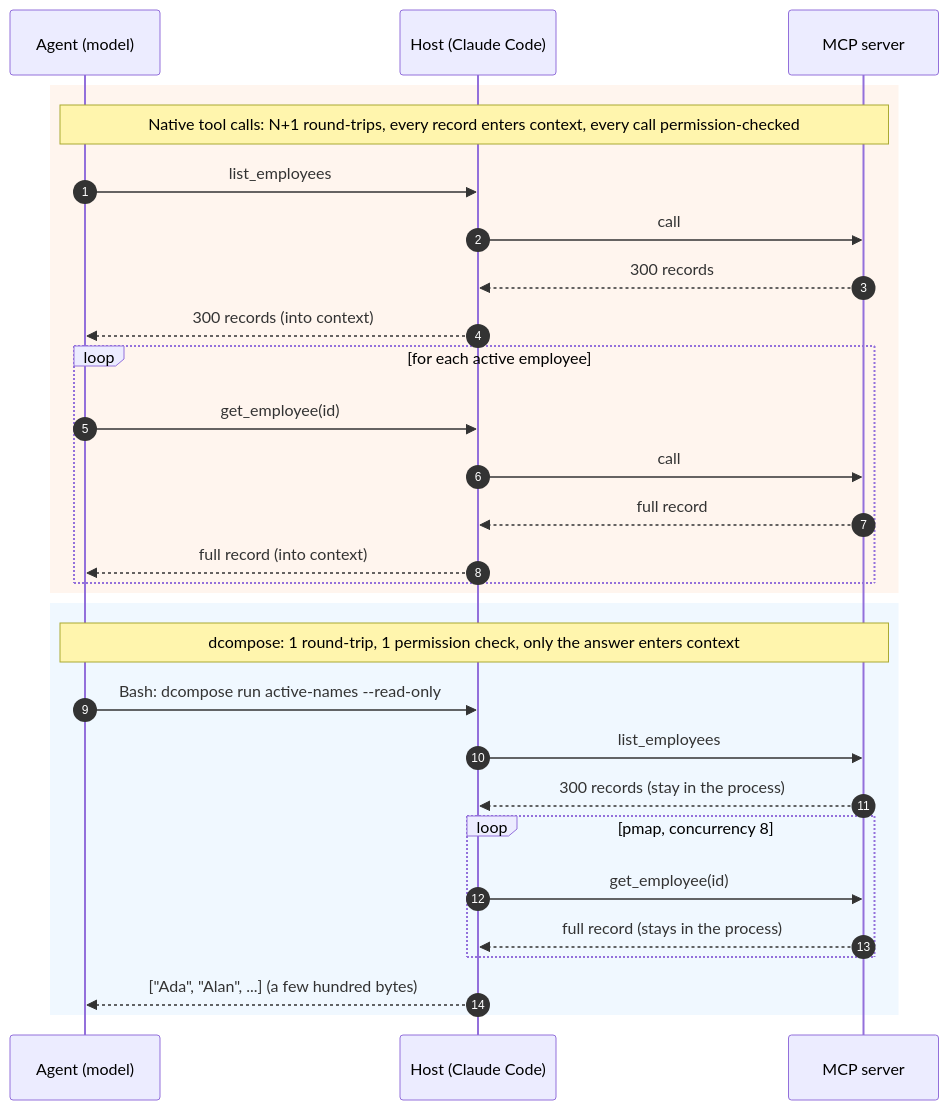
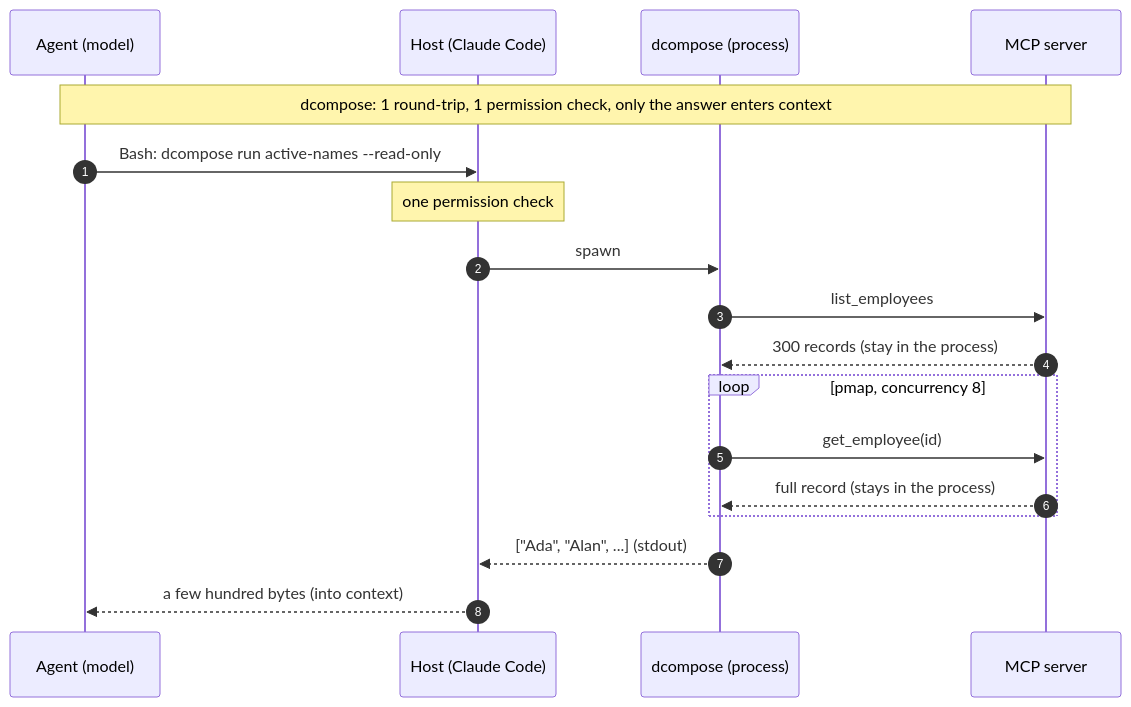
Before and after one commit to NuclearTacos/dcompose: the second of 2 diagrams in README.md, drawn with Mermaid. The commit also changed other lines of this file, not shown here.

Commit message:
README: split the sequence diagram; give dcompose its own lane
The dcompose half of the diagram showed the host calling MCP servers
directly. It does not: it runs one shell command, and the dcompose
process opens its own MCP connections and holds the records. Two
charts, each with only its own lanes, keep the flow left to right and
put dcompose between Host and MCP server. The native chart now marks
the per-call permission check its header claims.

Claude-Session: https://claude.ai/code/session_018TvuwxsxYfk2EV6GLv3f6J

````diff
--- a/README.md
+++ b/README.md
@@ -15,33 +40,21 @@
 ```mermaid
 sequenceDiagram
     autonumber
     participant A as Agent (model)
     participant H as Host (Claude Code)
+    participant D as dcompose (process)
     participant S as MCP server
 
-    rect rgb(255, 245, 238)
-    Note over A,S: Native tool calls: N+1 round-trips, every record enters context, every call permission-checked
-    A->>H: list_employees
-    H->>S: call
-    S-->>H: 300 records
-    H-->>A: 300 records (into context)
-    loop for each active employee
-        A->>H: get_employee(id)
-        H->>S: call
-        S-->>H: full record
-        H-->>A: full record (into context)
-    end
-    end
-
-    rect rgb(240, 248, 255)
     Note over A,S: dcompose: 1 round-trip, 1 permission check, only the answer enters context
     A->>H: Bash: dcompose run active-names --read-only
-    H->>S: list_employees
-    S-->>H: 300 records (stay in the process)
+    Note over H: one permission check
+    H->>D: spawn
+    D->>S: list_employees
+    S-->>D: 300 records (stay in the process)
     loop pmap, concurrency 8
-        H->>S: get_employee(id)
-        S-->>H: full record (stays in the process)
+        D->>S: get_employee(id)
+        S-->>D: full record (stays in the process)
     end
-    H-->>A: ["Ada", "Alan", ...] (a few hundred bytes)
-    end
+    D-->>H: ["Ada", "Alan", ...] (stdout)
+    H-->>A: a few hundred bytes (into context)
 ```
````
